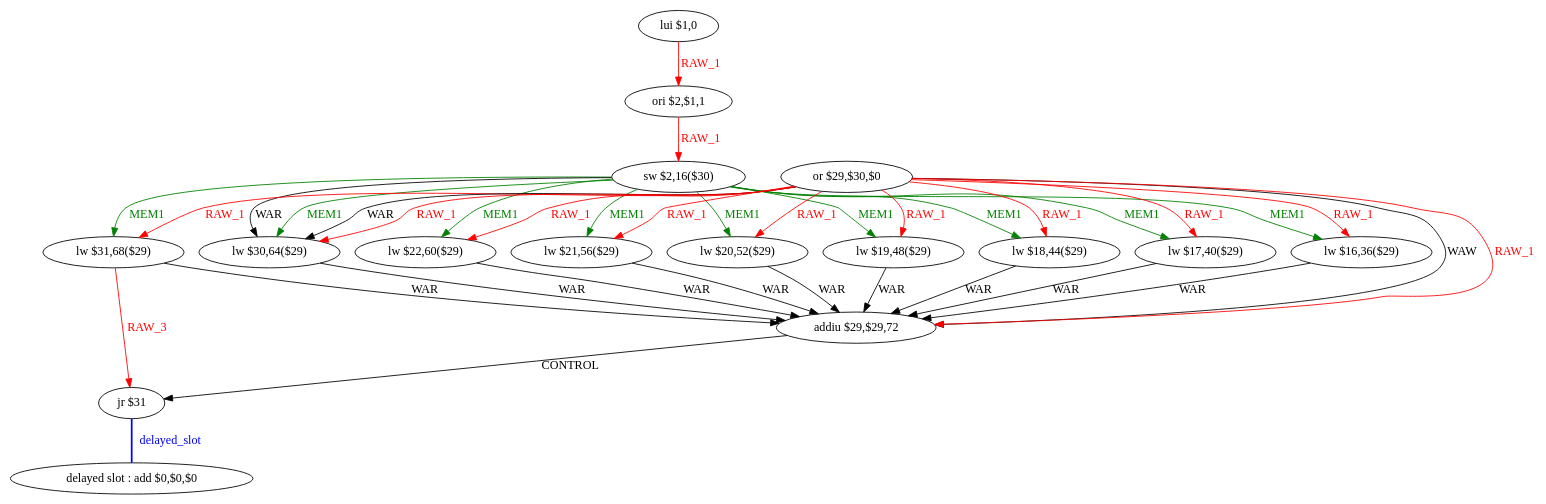
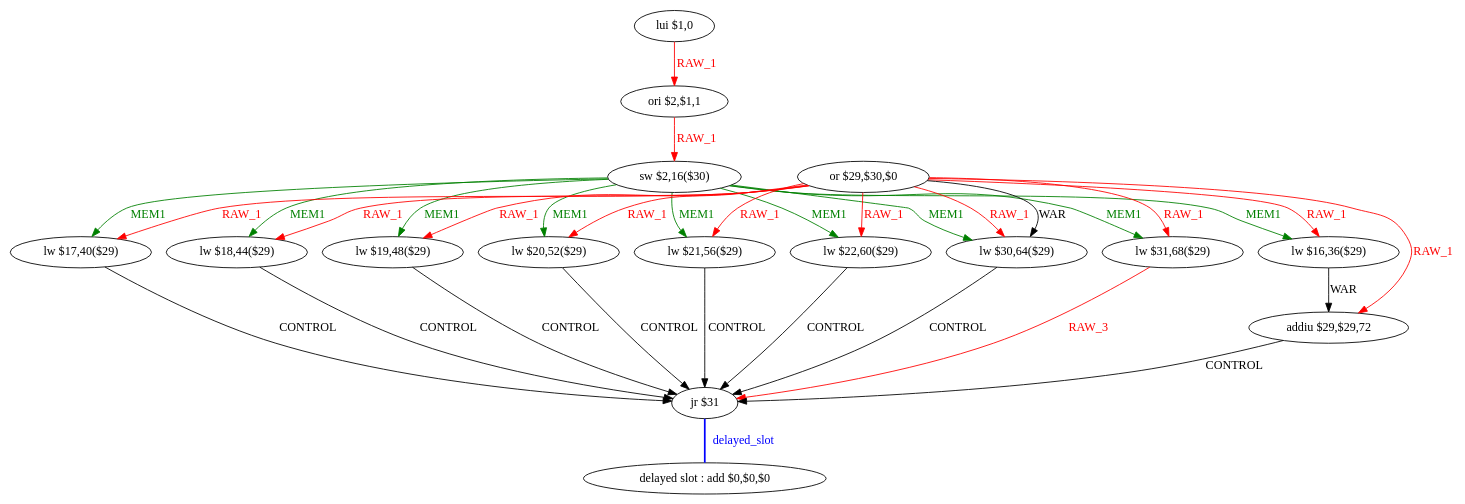
Before and after one commit to lisuxue/CA: the diagram in CoursCA/CodeEtudiant2019/CodeEtudiant/tmp/aes_O0_func_7_dfg_bb7.dot, drawn with Graphviz. The commit also changed 169 other files, not shown here.

```diff
--- a/CoursCA/CodeEtudiant2019/CodeEtudiant/tmp/aes_O0_func_7_dfg_bb7.dot
+++ b/CoursCA/CodeEtudiant2019/CodeEtudiant/tmp/aes_O0_func_7_dfg_bb7.dot
@@ -1,55 +1,52 @@
 digraph G1 {
 node [shape = ellipse];
 i15 [label = " delayed slot : add $0,$0,$0"] ;
 i14 ->  i15 [style = bold, dir= none, fontcolor = blue, color = blue, label= "delayed_slot"];
 i14 [label = "jr $31"] ;
 i0 [label = "lui $1,0"] ;
 i0 ->  i1 [color = red, fontcolor = red, label= "RAW_1"];
 i1 [label = "ori $2,$1,1"] ;
 i1 ->  i2 [color = red, fontcolor = red, label= "RAW_1"];
 i2 [label = "sw $2,16($30)"] ;
+i2 ->  i12 [color = green, fontcolor = green, label= "MEM1"];
+i2 ->  i11 [color = green, fontcolor = green, label= "MEM1"];
+i2 ->  i10 [color = green, fontcolor = green, label= "MEM1"];
+i2 ->  i9 [color = green, fontcolor = green, label= "MEM1"];
+i2 ->  i8 [color = green, fontcolor = green, label= "MEM1"];
+i2 ->  i7 [color = green, fontcolor = green, label= "MEM1"];
+i2 ->  i6 [color = green, fontcolor = green, label= "MEM1"];
+i2 ->  i5 [color = green, fontcolor = green, label= "MEM1"];
 i2 ->  i4 [color = green, fontcolor = green, label= "MEM1"];
-i2 ->  i5 [label= "WAR"];
-i2 ->  i5 [color = green, fontcolor = green, label= "MEM1"];
-i2 ->  i6 [color = green, fontcolor = green, label= "MEM1"];
-i2 ->  i7 [color = green, fontcolor = green, label= "MEM1"];
-i2 ->  i8 [color = green, fontcolor = green, label= "MEM1"];
-i2 ->  i9 [color = green, fontcolor = green, label= "MEM1"];
-i2 ->  i10 [color = green, fontcolor = green, label= "MEM1"];
-i2 ->  i11 [color = green, fontcolor = green, label= "MEM1"];
-i2 ->  i12 [color = green, fontcolor = green, label= "MEM1"];
-i4 [label = "lw $31,68($29)"] ;
-i4 ->  i13 [label= "WAR"];
-i4 ->  i14 [color = red, fontcolor = red, label= "RAW_3"];
+i12 [label = "lw $16,36($29)"] ;
+i12 ->  i13 [label= "WAR"];
 i13 [label = "addiu $29,$29,72"] ;
 i13 ->  i14 [label= "CONTROL"];
+i11 [label = "lw $17,40($29)"] ;
+i11 ->  i14 [label= "CONTROL"];
+i10 [label = "lw $18,44($29)"] ;
+i10 ->  i14 [label= "CONTROL"];
+i9 [label = "lw $19,48($29)"] ;
+i9 ->  i14 [label= "CONTROL"];
+i8 [label = "lw $20,52($29)"] ;
+i8 ->  i14 [label= "CONTROL"];
+i7 [label = "lw $21,56($29)"] ;
+i7 ->  i14 [label= "CONTROL"];
+i6 [label = "lw $22,60($29)"] ;
+i6 ->  i14 [label= "CONTROL"];
 i5 [label = "lw $30,64($29)"] ;
-i5 ->  i13 [label= "WAR"];
-i6 [label = "lw $22,60($29)"] ;
-i6 ->  i13 [label= "WAR"];
-i7 [label = "lw $21,56($29)"] ;
-i7 ->  i13 [label= "WAR"];
-i8 [label = "lw $20,52($29)"] ;
-i8 ->  i13 [label= "WAR"];
-i9 [label = "lw $19,48($29)"] ;
-i9 ->  i13 [label= "WAR"];
-i10 [label = "lw $18,44($29)"] ;
-i10 ->  i13 [label= "WAR"];
-i11 [label = "lw $17,40($29)"] ;
-i11 ->  i13 [label= "WAR"];
-i12 [label = "lw $16,36($29)"] ;
-i12 ->  i13 [label= "WAR"];
+i5 ->  i14 [label= "CONTROL"];
+i4 [label = "lw $31,68($29)"] ;
+i4 ->  i14 [color = red, fontcolor = red, label= "RAW_3"];
 i3 [label = "or $29,$30,$0"] ;
+i3 ->  i13 [color = red, fontcolor = red, label= "RAW_1"];
+i3 ->  i12 [color = red, fontcolor = red, label= "RAW_1"];
+i3 ->  i11 [color = red, fontcolor = red, label= "RAW_1"];
+i3 ->  i10 [color = red, fontcolor = red, label= "RAW_1"];
+i3 ->  i9 [color = red, fontcolor = red, label= "RAW_1"];
+i3 ->  i8 [color = red, fontcolor = red, label= "RAW_1"];
+i3 ->  i7 [color = red, fontcolor = red, label= "RAW_1"];
+i3 ->  i6 [color = red, fontcolor = red, label= "RAW_1"];
+i3 ->  i5 [color = red, fontcolor = red, label= "RAW_1"];
+i3 ->  i5 [label= "WAR"];
 i3 ->  i4 [color = red, fontcolor = red, label= "RAW_1"];
-i3 ->  i5 [label= "WAR"];
-i3 ->  i5 [color = red, fontcolor = red, label= "RAW_1"];
-i3 ->  i6 [color = red, fontcolor = red, label= "RAW_1"];
-i3 ->  i7 [color = red, fontcolor = red, label= "RAW_1"];
-i3 ->  i8 [color = red, fontcolor = red, label= "RAW_1"];
-i3 ->  i9 [color = red, fontcolor = red, label= "RAW_1"];
-i3 ->  i10 [color = red, fontcolor = red, label= "RAW_1"];
-i3 ->  i11 [color = red, fontcolor = red, label= "RAW_1"];
-i3 ->  i12 [color = red, fontcolor = red, label= "RAW_1"];
-i3 ->  i13 [label= "WAW"];
-i3 ->  i13 [color = red, fontcolor = red, label= "RAW_1"];
 }
```
